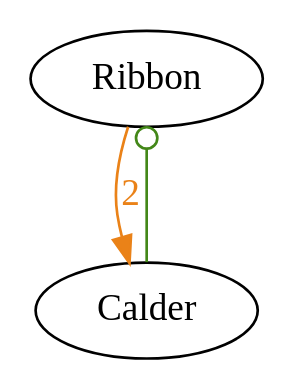
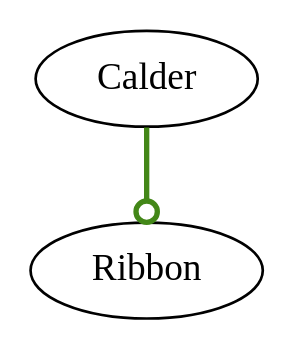
One commit to piearty/The-Veil-map changed the diagram in multi.dot. Above: the diagram before and after it, drawn with Graphviz. The commit also changed 2 other files, not shown here.

```diff
--- a/multi.dot
+++ b/multi.dot
@@ -1,6 +1,5 @@
 digraph  {
+Calder;
 Ribbon;
-Calder;
-Ribbon -> Calder  [color="#ea8218", fontcolor="#ea8218", key=0, label=2];
-Calder -> Ribbon  [arrowhead=odot, color="#438718", key=0];
+Calder -> Ribbon  [arrowhead=odot, color="#438718", key=0, style=bold];
 }
```
